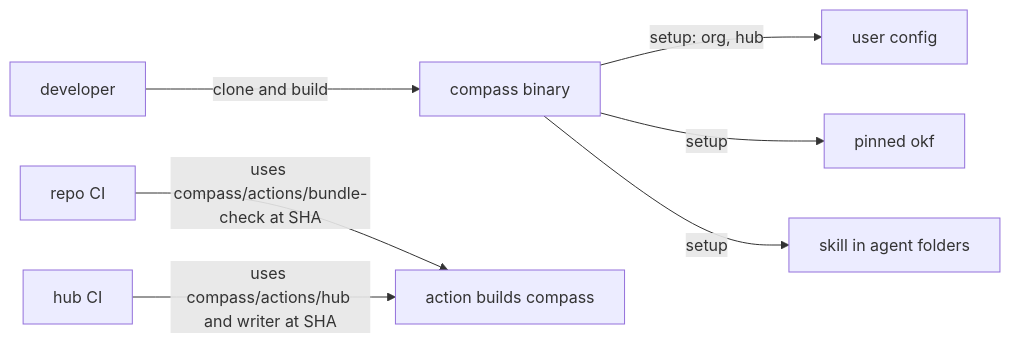
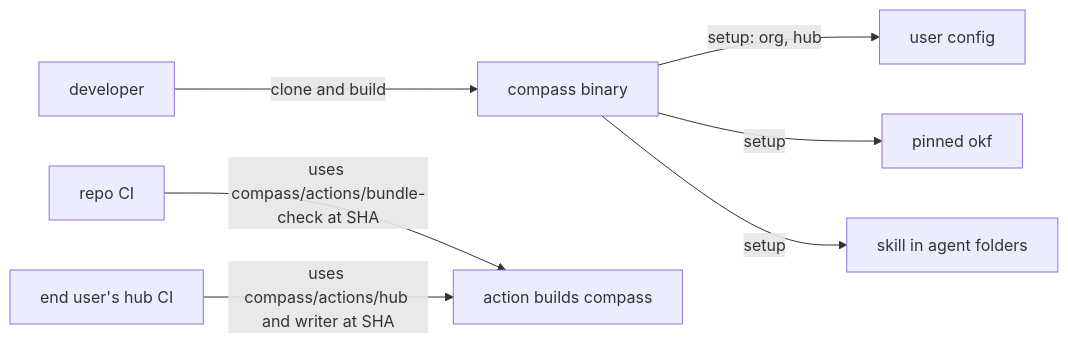
Before and after one commit to tuan-nng/compass: the diagram in plans/261006-1351-compass-go-cli/plan.md, drawn with Mermaid. The commit also changed other lines of this file and 3 other files, not shown here.

Commit message:
docs(plan): leave the knowledge hub to the end user

````diff
--- a/plans/261006-1351-compass-go-cli/plan.md
+++ b/plans/261006-1351-compass-go-cli/plan.md
@@ -74,9 +74,9 @@
 ```mermaid
 flowchart LR
   dev[developer] -->|clone and build| bin[compass binary]
   bin -->|setup: org, hub| cfg[user config]
   bin -->|setup| okf[pinned okf]
   bin -->|setup| skill[skill in agent folders]
   repo[repo CI] -->|uses compass/actions/bundle-check at SHA| act[action builds compass]
-  hub[hub CI] -->|uses compass/actions/hub and writer at SHA| act
+  hub[end user's hub CI] -->|uses compass/actions/hub and writer at SHA| act
 ```
````
